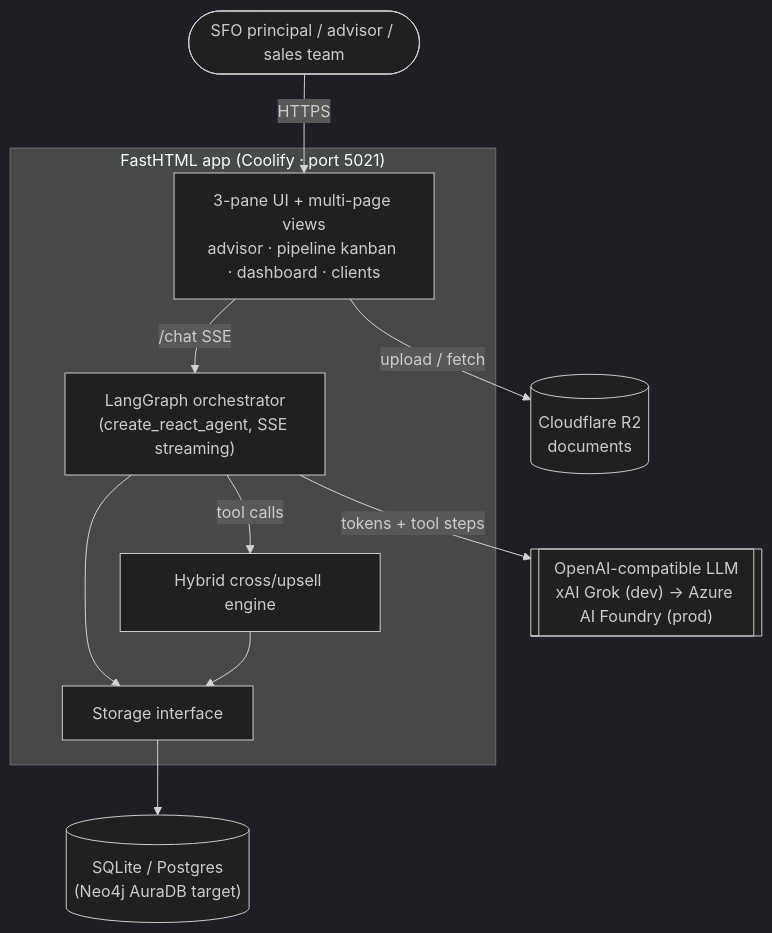
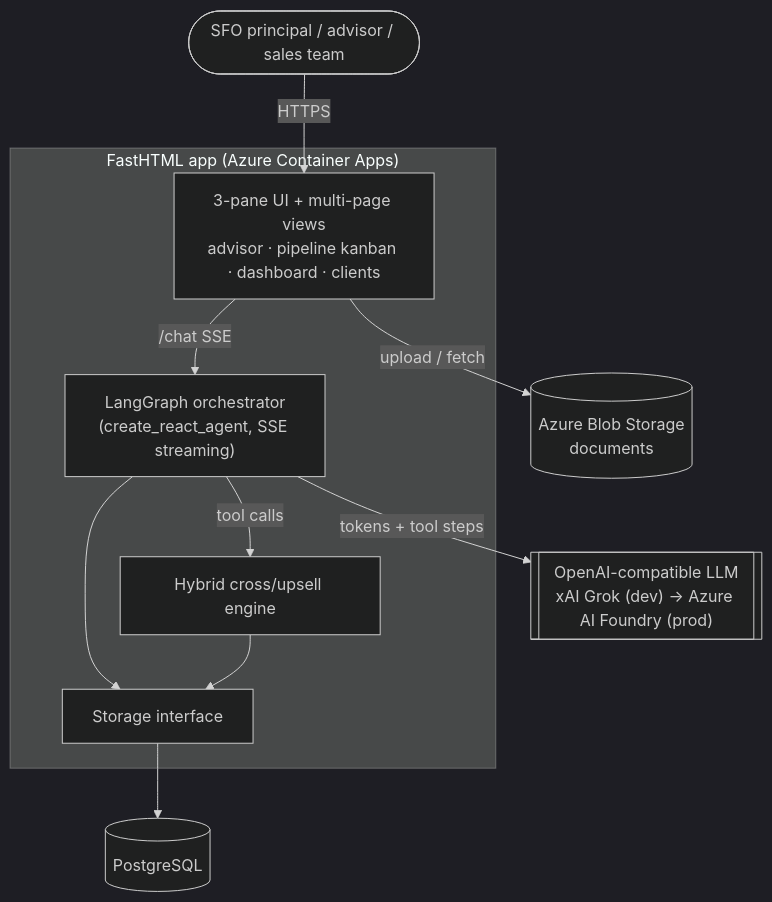
One commit to predictivelabsai/FastFund changed the first of 7 diagrams in docs/technical_architecture.md. Above: the diagram before and after it, drawn with Mermaid (dark theme). The commit also changed other lines of this file and 10 other files, not shown here.

First line of the commit message:
Standardise architecture on Azure Blob Storage + PostgreSQL

````diff
--- a/docs/technical_architecture.md
+++ b/docs/technical_architecture.md
@@ -20,22 +21,22 @@
 ```mermaid
 flowchart TB
     USER(["SFO principal / advisor / sales team"])
-    subgraph APP["FastHTML app (Coolify · port 5021)"]
+    subgraph APP["FastHTML app (Azure Container Apps)"]
         UI["3-pane UI + multi-page views<br/>advisor · pipeline kanban · dashboard · clients"]
         ORCH["LangGraph orchestrator<br/>(create_react_agent, SSE streaming)"]
         ENGINE["Hybrid cross/upsell engine"]
         STORE["Storage interface"]
     end
     LLM[["OpenAI-compatible LLM<br/>xAI Grok (dev) → Azure AI Foundry (prod)"]]
-    DB[("SQLite / Postgres<br/>(Neo4j AuraDB target)")]
-    R2[("Cloudflare R2<br/>documents")]
+    DB[("PostgreSQL")]
+    BLOB[("Azure Blob Storage<br/>documents")]
 
     USER -->|HTTPS| UI
     UI -->|/chat SSE| ORCH
     ORCH -->|tool calls| ENGINE
     ORCH --> STORE
     ENGINE --> STORE
     ORCH -->|tokens + tool steps| LLM
     STORE --> DB
-    UI -->|upload / fetch| R2
+    UI -->|upload / fetch| BLOB
 ```
````
